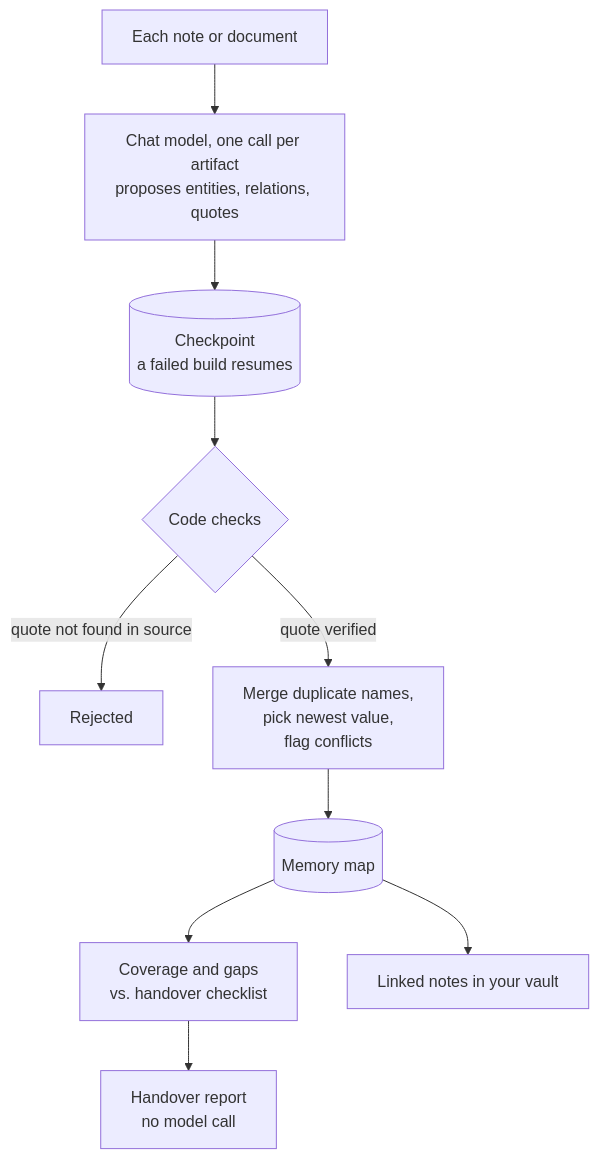
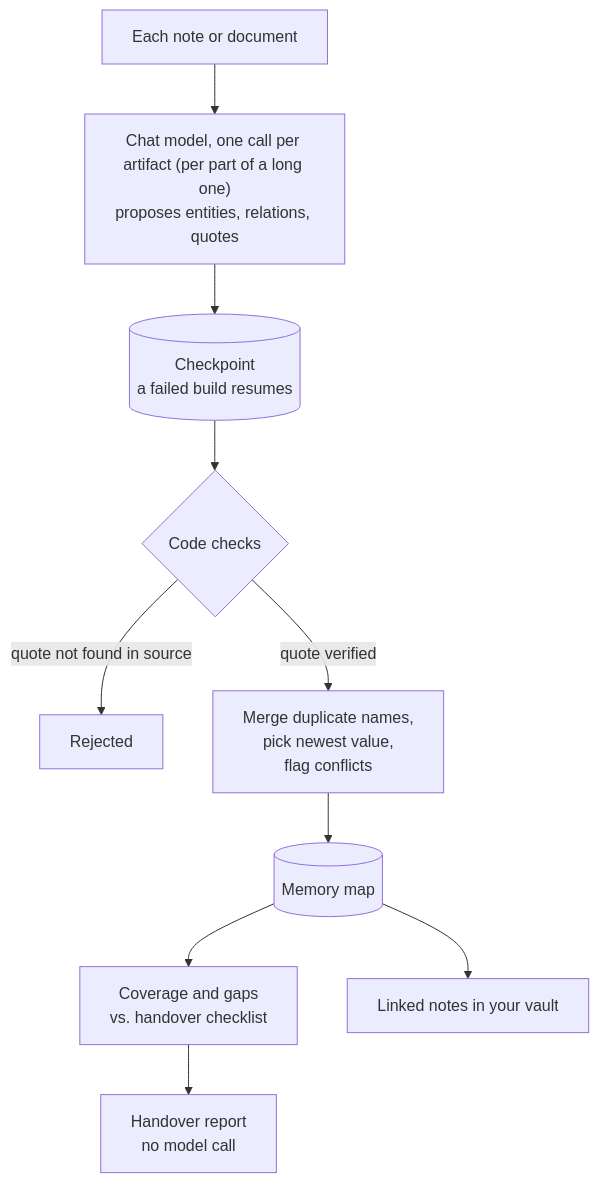
Before and after one commit to pluptak/maintenance-handover: the third of 4 diagrams in README.md, drawn with Mermaid. The commit also changed other lines of this file, not shown here.

````diff
--- a/README.md
+++ b/README.md
@@ -140,12 +140,12 @@
 ```mermaid
 flowchart TD
-    A["Each note or document"] --> M["Chat model, one call per artifact<br/>proposes entities, relations, quotes"]
+    A["Each note or document"] --> M["Chat model, one call per artifact (per part of a long one)<br/>proposes entities, relations, quotes"]
     M --> K[("Checkpoint<br/>a failed build resumes")]
     K --> V{"Code checks"}
     V -->|"quote not found in source"| X["Rejected"]
     V -->|"quote verified"| I["Merge duplicate names,<br/>pick newest value,<br/>flag conflicts"]
     I --> MAP[("Memory map")]
     MAP --> G["Coverage and gaps<br/>vs. handover checklist"]
     MAP --> N["Linked notes in your vault"]
     G --> R["Handover report<br/>no model call"]
 ```
````
